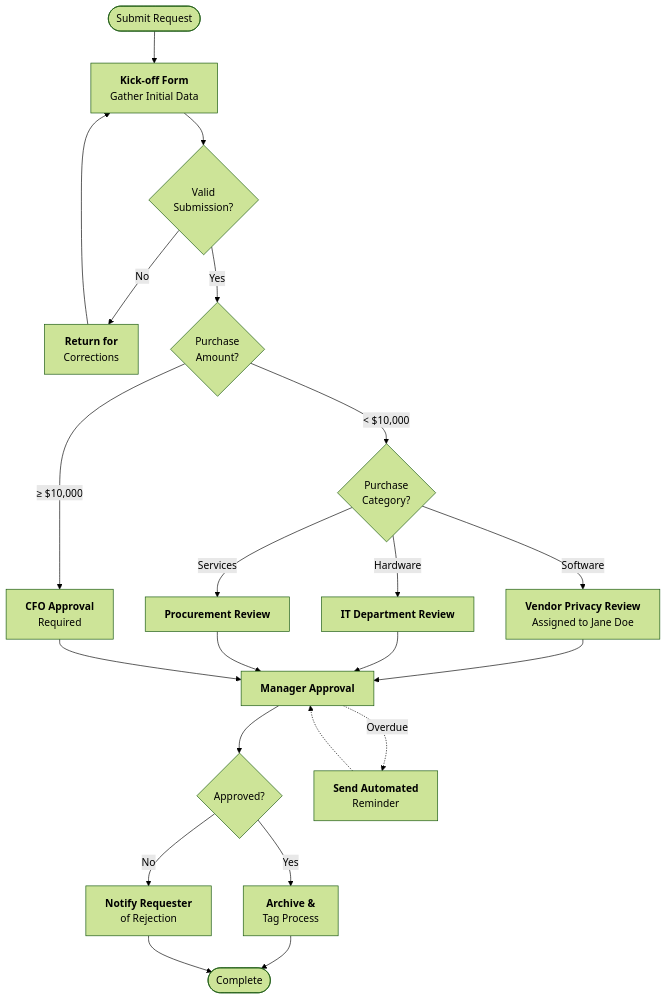
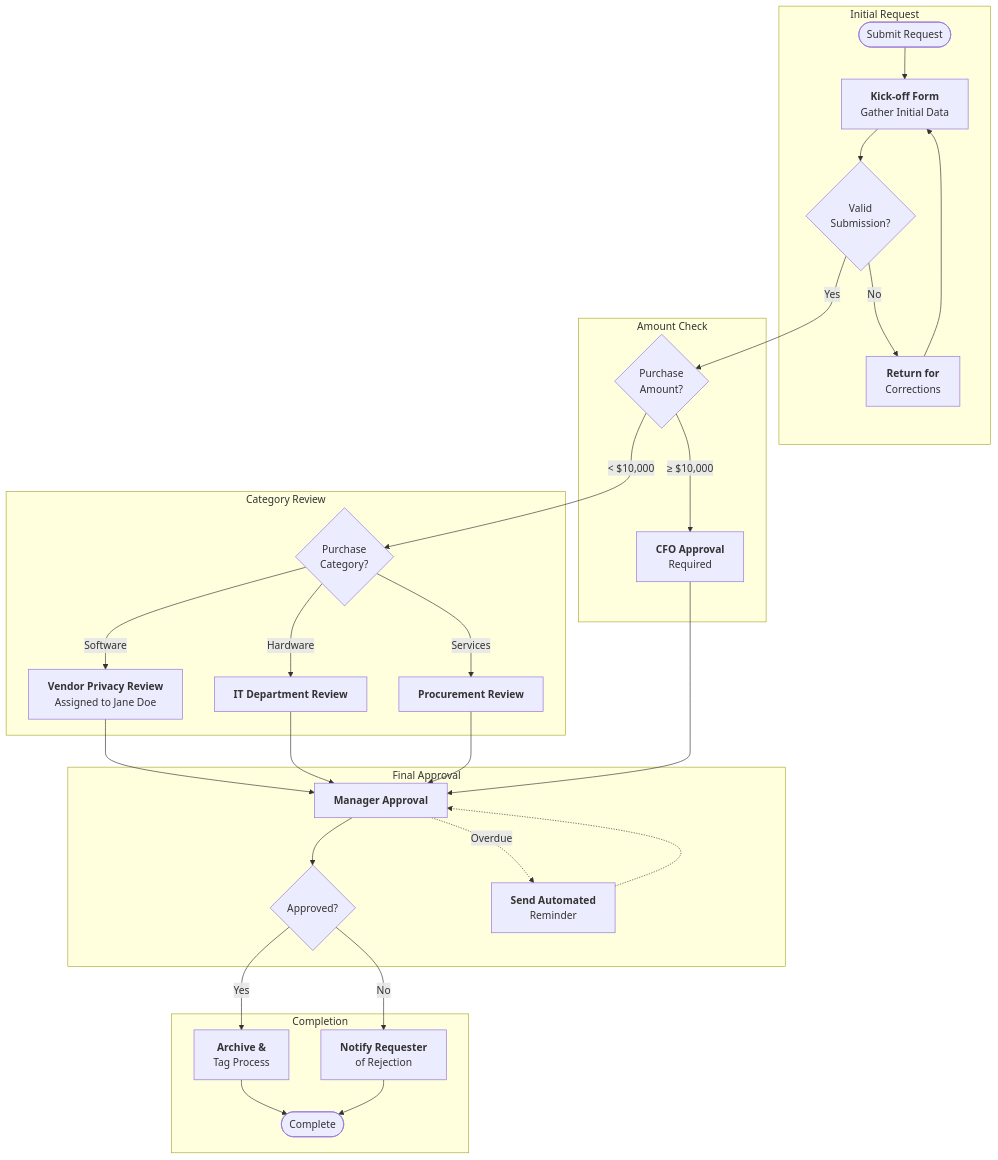
One commit to tallyfy/documentation changed the diagram in src/content/docs/pro/tutorials/how-to/track-and-run-complex-approval-workflows.mdx. Above: the diagram before and after it, drawn with Mermaid. The commit also changed 2 other files, not shown here.

Commit message:
Fix: Apply subgraph-based vertical layouts to remaining 3 Mermaid diagrams for mobile
- Updated approval workflow diagram to use vertical subgraphs
- Restructured Fishbone diagram with grouped categories
- Enhanced Switch control diagram with clear vertical sections
- All diagrams now use flowchart TB with subgraphs to force vertical stacking
- Ensures proper mobile rendering without horizontal spreading

````diff
--- a/src/content/docs/pro/tutorials/how-to/track-and-run-complex-approval-workflows.mdx
+++ b/src/content/docs/pro/tutorials/how-to/track-and-run-complex-approval-workflows.mdx
@@ -46,46 +46,76 @@
 ```mermaid
-%%{init: {'theme':'forest'}}%%
-flowchart TD
-    Start([Submit Request]) --> Form["`**Kick-off Form**
-Gather Initial Data`"]
-    Form --> Validate{Valid<br/>Submission?}
+flowchart TB
+    subgraph "Initial Request"
+        Start(["`Submit Request`"])
+        Form["`**Kick-off Form**
+        Gather Initial Data`"]
+        Validate{"`Valid<br/>Submission?`"}
+        Return["`**Return for**
+        Corrections`"]
+    end
     
-    Validate -->|"`No`"| Return["`**Return for**
-Corrections`"]
+    subgraph "Amount Check"
+        Amount{"`Purchase<br/>Amount?`"}
+        CFO["`**CFO Approval**
+        Required`"]
+    end
+    
+    subgraph "Category Review"
+        Category{"`Purchase<br/>Category?`"}
+        Privacy["`**Vendor Privacy Review**
+        Assigned to Jane Doe`"]
+        IT["`**IT Department Review**`"]
+        Procurement["`**Procurement Review**`"]
+    end
+    
+    subgraph "Final Approval"
+        Manager["`**Manager Approval**`"]
+        Decision{"`Approved?`"}
+        Reminder["`**Send Automated**
+        Reminder`"]
+    end
+    
+    subgraph "Completion"
+        Archive["`**Archive &**
+        Tag Process`"]
+        Notify["`**Notify Requester**
+        of Rejection`"]
+        End(["`Complete`"])
+    end
+    
+    Start --> Form
+    Form --> Validate
+    
+    Validate -->|"`No`"| Return
     Return --> Form
     
-    Validate -->|"`Yes`"| Amount{Purchase<br/>Amount?}
+    Validate -->|"`Yes`"| Amount
     
-    Amount -->|"`< $10,000`"| Category{Purchase<br/>Category?}
-    Amount -->|"`≥ $10,000`"| CFO["`**CFO Approval**
-Required`"]
+    Amount -->|"`< $10,000`"| Category
+    Amount -->|"`≥ $10,000`"| CFO
     
-    Category -->|"`Software`"| Privacy["`**Vendor Privacy Review**
-Assigned to Jane Doe`"]
-    Category -->|"`Hardware`"| IT["`**IT Department Review**`"]
-    Category -->|"`Services`"| Procurement["`**Procurement Review**`"]
+    Category -->|"`Software`"| Privacy
+    Category -->|"`Hardware`"| IT
+    Category -->|"`Services`"| Procurement
     
-    Privacy --> Manager["`**Manager Approval**`"]
+    Privacy --> Manager
     IT --> Manager
     Procurement --> Manager
     CFO --> Manager
     
-    Manager --> Decision{Approved?}
+    Manager --> Decision
     
-    Decision -->|"`Yes`"| Archive["`**Archive &**
-Tag Process`"]
-    Decision -->|"`No`"| Notify["`**Notify Requester**
-of Rejection`"]
+    Decision -->|"`Yes`"| Archive
+    Decision -->|"`No`"| Notify
     
-    Archive --> End([Complete])
+    Archive --> End
     Notify --> End
     
     %% Add reminder automation
-    Manager -.->|Overdue| Reminder["`**Send Automated**
-Reminder`"]
+    Manager -.->|"`Overdue`"| Reminder
     Reminder -.-> Manager
     
     click Form "/products/pro/tutorials/how-to/build-effective-forms/" "Learn about form building"
     click Manager "/products/pro/documenting/templates/automations/index/" "Configure automations"
     click Archive "/products/pro/tracking-and-tasks/tracker-view/organize-processes/index/" "Organize completed processes"
 ```
````
